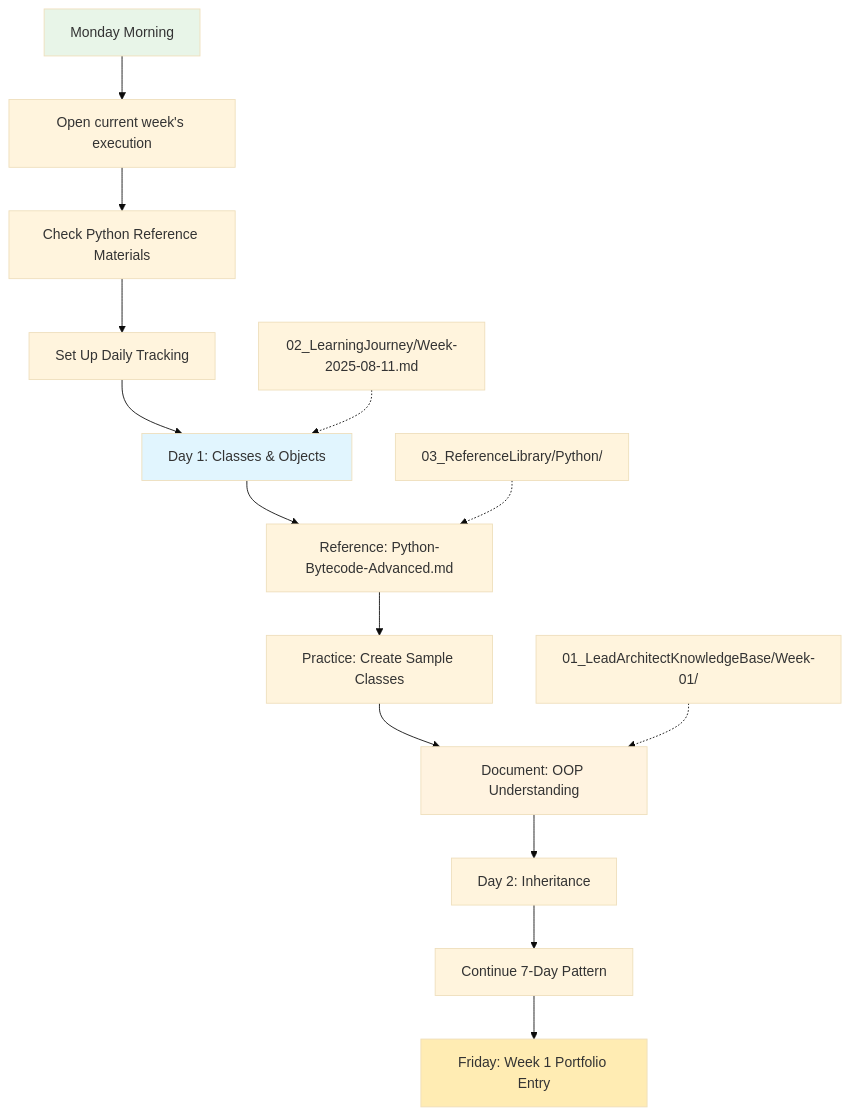
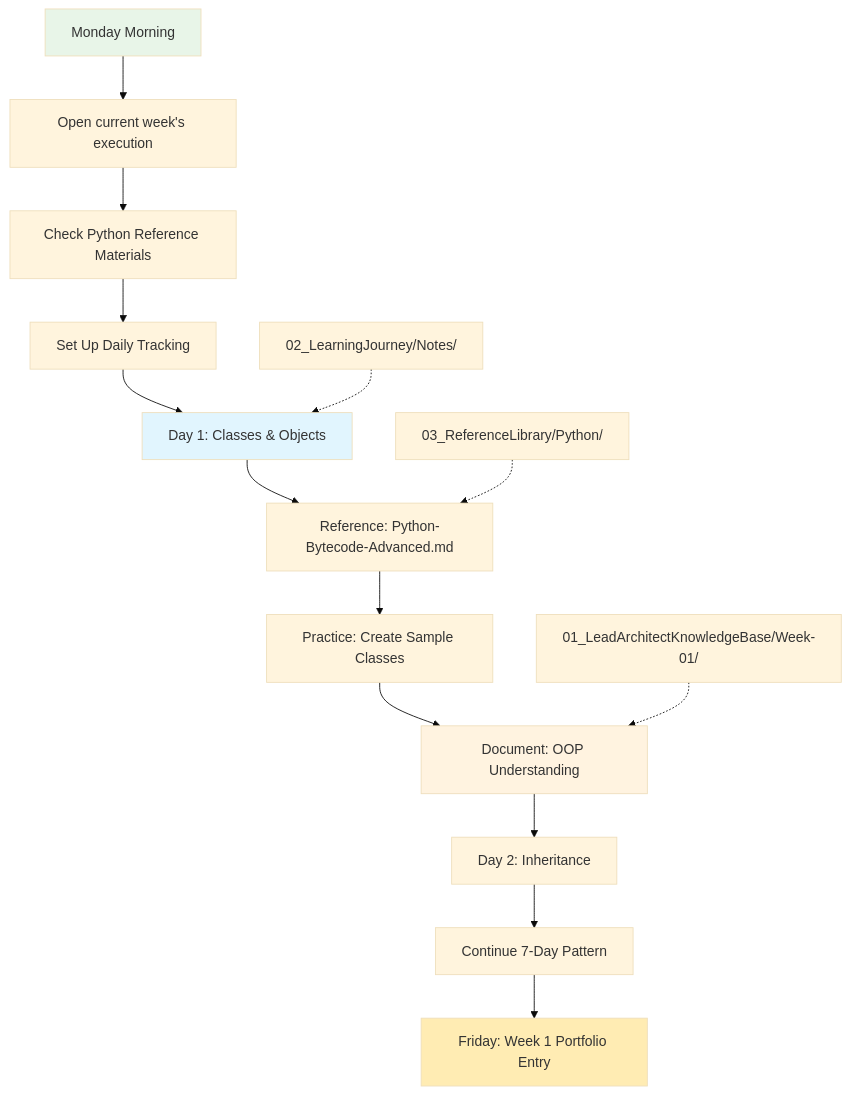
One commit to Swamy-s-Tech-Skills-Academy/swamy-tech-skills-academy-main changed the seventh of 10 diagrams in README.md. Above: the diagram before and after it, drawn with Mermaid (base theme). The commit also changed other lines of this file and 5 other files, not shown here.

Commit message:
Refactor README and learning files for lightweight execution approach; update structure for daily capture notes and remove deprecated planning files.

````diff
--- a/README.md
+++ b/README.md
@@ -305,24 +305,24 @@
 ```mermaid
 graph TD
     A[Monday Morning] --> B[Open current week's execution]
     B --> C[Check Python Reference Materials]
     C --> D[Set Up Daily Tracking]
     D --> E[Day 1: Classes & Objects]
 
     E --> F[Reference: Python-Bytecode-Advanced.md]
     F --> G[Practice: Create Sample Classes]
     G --> H[Document: OOP Understanding]
 
     H --> I[Day 2: Inheritance]
     I --> J[Continue 7-Day Pattern]
     J --> K[Friday: Week 1 Portfolio Entry]
 
     C1[03_ReferenceLibrary/Python/] -.-> F
-    C2[02_LearningJourney/Week-2025-08-11.md] -.-> E
+    C2[02_LearningJourney/Notes/] -.-> E
     C3[01_LeadArchitectKnowledgeBase/Week-01/] -.-> H
 
     style A fill:#e8f5e8
     style E fill:#e1f5fe
     style H fill:#fff3e0
     style K fill:#ffecb3
 ```
````
